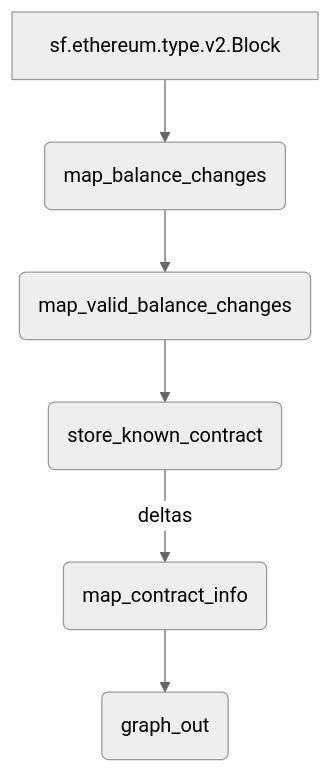
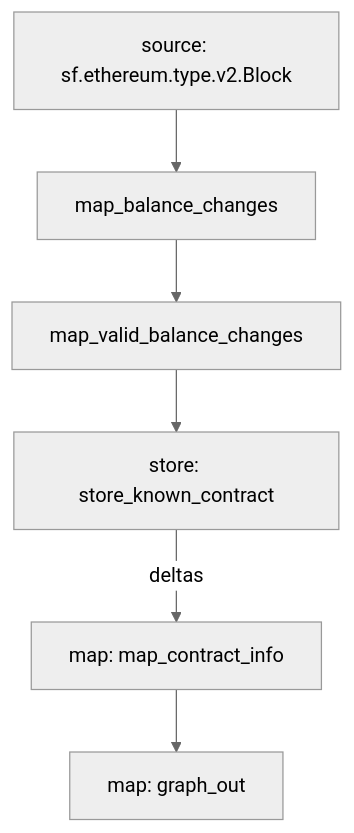
Before and after one commit to pinax-network/substreams-erc20-contracts: the diagram in README.md, drawn with Mermaid (neutral theme). The commit also changed other lines of this file and 12 other files, not shown here.

````diff
--- a/README.md
+++ b/README.md
@@ -49,8 +51,11 @@
 ```mermaid
-graph TD
-    A[sf.ethereum.type.v2.Block] --> B(map_balance_changes)
-    B --> C(map_valid_balance_changes)
-    C --> D(store_known_contract)
-    D --> |deltas| E(map_contract_info)
-    E --> F(graph_out)
+graph TD;
+  sf.ethereum.type.v2.Block[source: sf.ethereum.type.v2.Block] --> map_balance_changes;
+  map_balance_changes --> map_valid_balance_changes;
+  store_known_contract[store: store_known_contract];
+  map_valid_balance_changes --> store_known_contract;
+  map_contract_info[map: map_contract_info];
+  store_known_contract -- deltas --> map_contract_info;
+  graph_out[map: graph_out];
+  map_contract_info --> graph_out;
 ```
````
